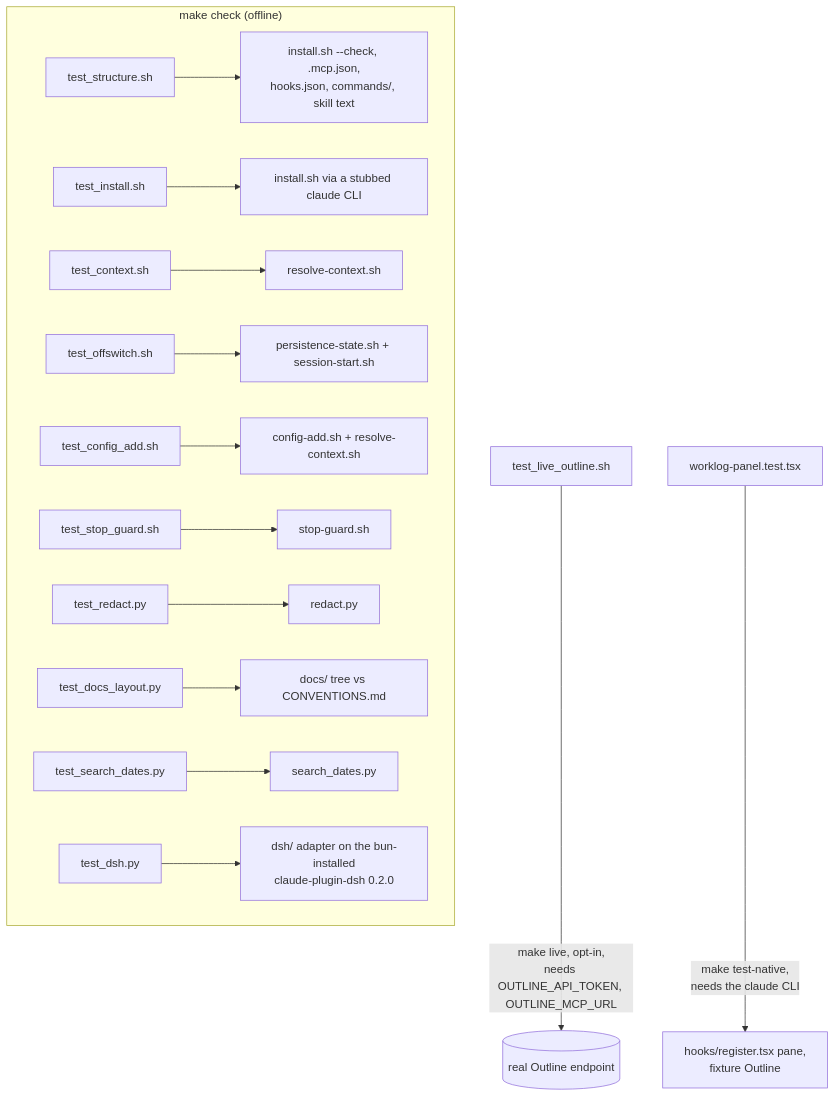
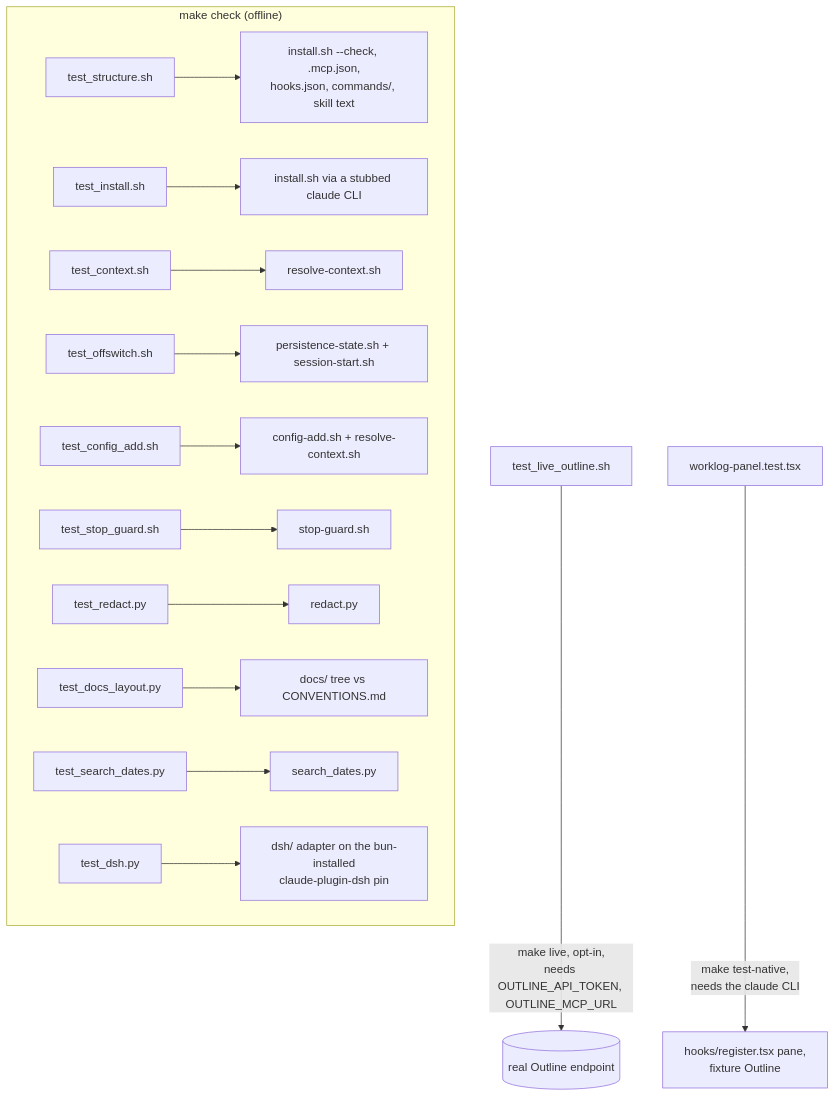
The diagram in docs/verification/README.md (kolezka/worklog-persist), drawn with Mermaid before and after one commit. The commit also changed other lines of this file and 6 other files, not shown here.

First line of the commit message:
chore(dsh): use claude-plugin-dsh 0.2.1

````diff
--- a/docs/verification/README.md
+++ b/docs/verification/README.md
@@ -61,17 +61,17 @@
 ```mermaid
 flowchart TD
     subgraph offline["make check (offline)"]
         A[test_structure.sh] --> RA["install.sh --check, .mcp.json,\nhooks.json, commands/, skill text"]
         B[test_install.sh] --> RB["install.sh via a stubbed claude CLI"]
         C[test_context.sh] --> RC["resolve-context.sh"]
         D[test_offswitch.sh] --> RD["persistence-state.sh + session-start.sh"]
         G[test_config_add.sh] --> RG["config-add.sh + resolve-context.sh"]
         H[test_stop_guard.sh] --> RH["stop-guard.sh"]
         E[test_redact.py] --> RE["redact.py"]
         F[test_docs_layout.py] --> RF["docs/ tree vs CONVENTIONS.md"]
         S[test_search_dates.py] --> RS["search_dates.py"]
-        J[test_dsh.py] --> RJ["dsh/ adapter on the bun-installed\nclaude-plugin-dsh 0.2.0"]
+        J[test_dsh.py] --> RJ["dsh/ adapter on the bun-installed\nclaude-plugin-dsh pin"]
     end
     L[test_live_outline.sh] -->|"make live, opt-in,\nneeds OUTLINE_API_TOKEN, OUTLINE_MCP_URL"| O[("real Outline endpoint")]
     N[worklog-panel.test.tsx] -->|"make test-native,\nneeds the claude CLI"| RN["hooks/register.tsx pane,\nfixture Outline"]
 ```
````
